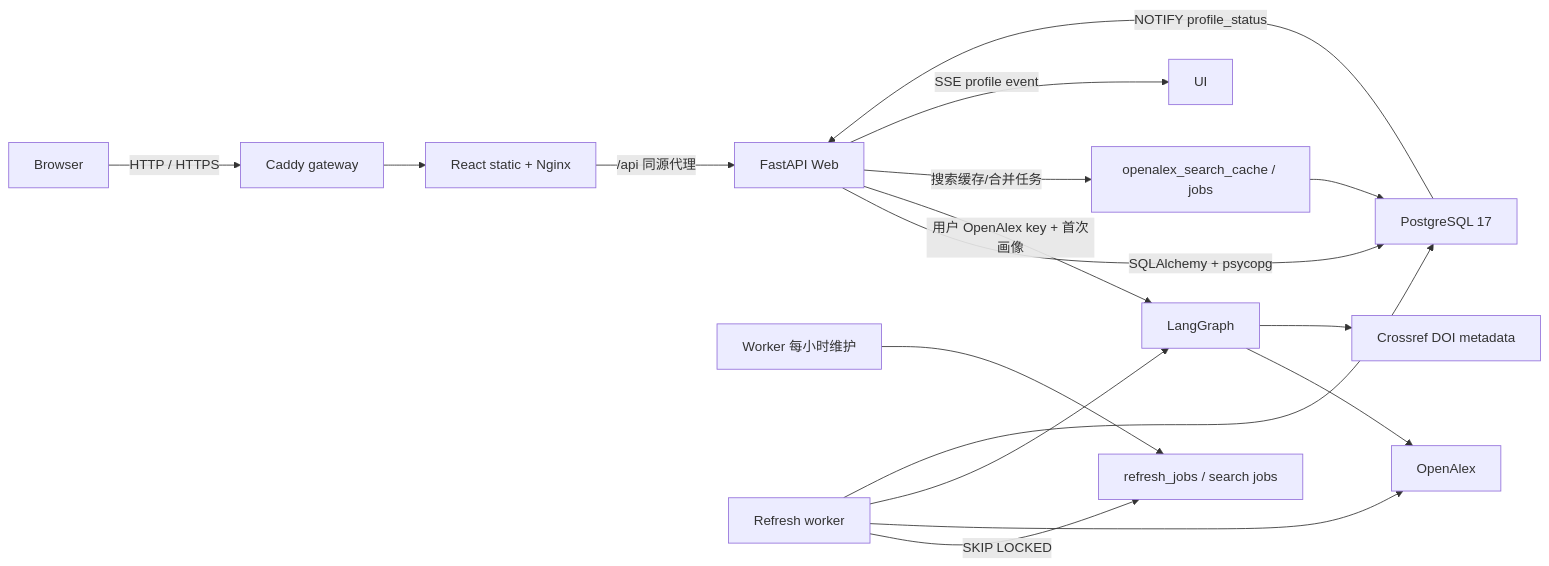
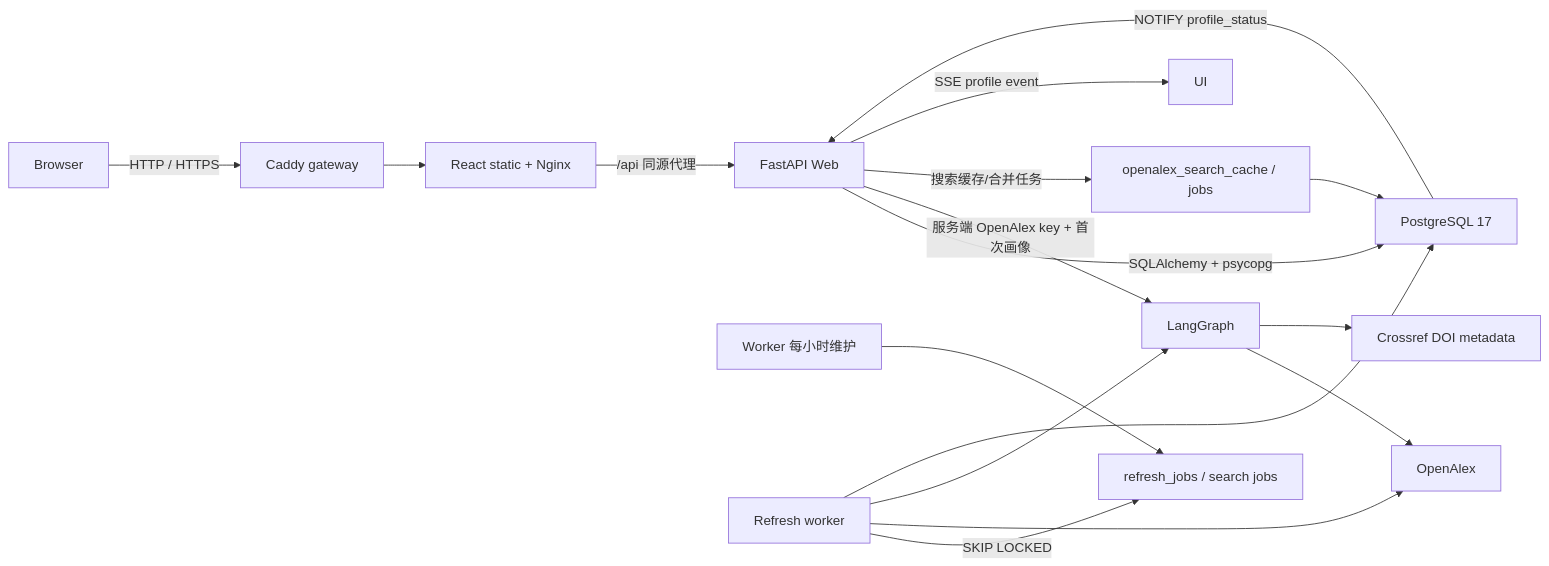
One commit to AlexYuanch/scholar_search changed the diagram in docs/ARCHITECTURE.md. Above: the diagram before and after it, drawn with Mermaid. The commit also changed other lines of this file and 18 other files, not shown here.

Commit message:
[deploy] 使用平台 OpenAlex 密钥

````diff
--- a/docs/ARCHITECTURE.md
+++ b/docs/ARCHITECTURE.md
@@ -5,19 +5,19 @@
 ```mermaid
 flowchart LR
   CLIENT["Browser"] -->|"HTTP / HTTPS"| CADDY["Caddy gateway"]
   CADDY --> NGINX["React static + Nginx"]
   NGINX -->|"/api 同源代理"| API["FastAPI Web"]
   API -->|"SQLAlchemy + psycopg"| PG["PostgreSQL 17"]
-  API -->|"用户 OpenAlex key + 首次画像"| WF["LangGraph"]
+  API -->|"服务端 OpenAlex key + 首次画像"| WF["LangGraph"]
   API -->|"搜索缓存/合并任务"| SEARCH["openalex_search_cache / jobs"]
   SEARCH --> PG
   WF --> OA["OpenAlex"]
   WF --> CR["Crossref DOI metadata"]
   MAINT["Worker 每小时维护"] --> JOB["refresh_jobs / search jobs"]
   WORKER["Refresh worker"] -->|"SKIP LOCKED"| JOB
   WORKER --> OA
   WORKER --> WF
   WORKER --> PG
   PG -->|"NOTIFY profile_status"| API
   API -->|"SSE profile event"| UI
 ```
````
